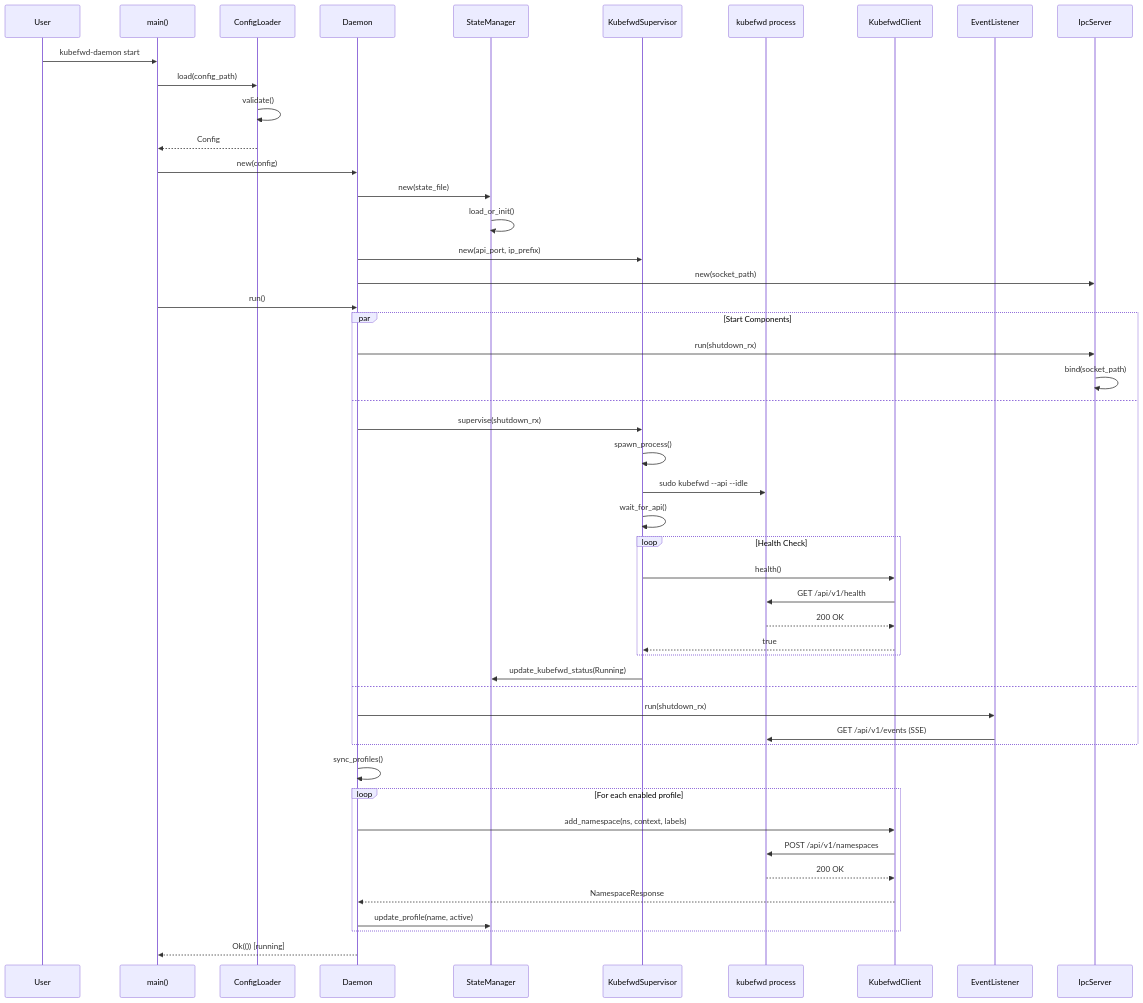
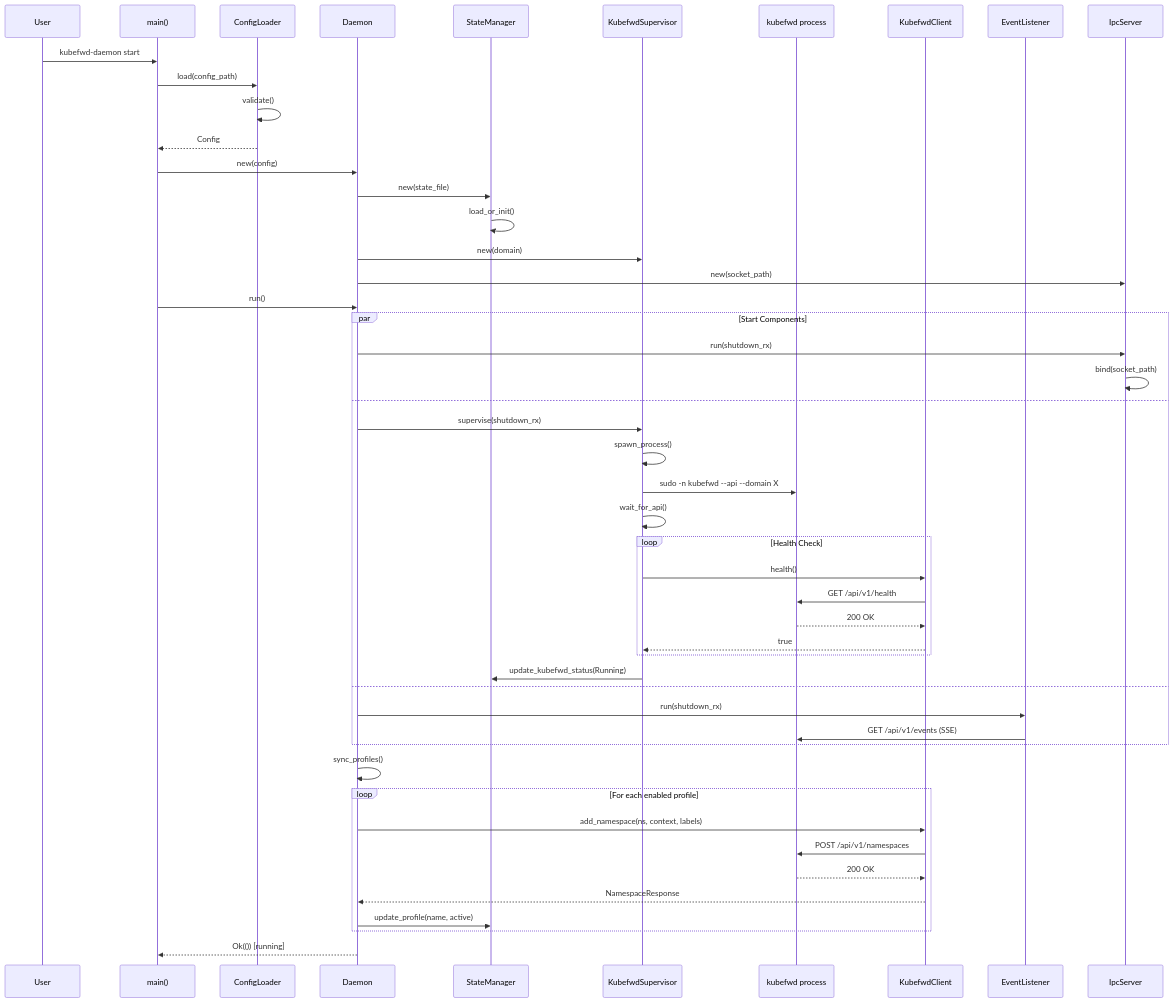
Before and after one commit to parthspatel/nix-kubefwd: the seventh of 20 diagrams in docs/CODE_ARCHITECTURE.md, drawn with Mermaid. The commit also changed other lines of this file and 2 other files, not shown here.

First line of the commit message:
Fix incorrect kubefwd API assumptions in documentation

````diff
--- a/docs/CODE_ARCHITECTURE.md
+++ b/docs/CODE_ARCHITECTURE.md
@@ -417,61 +415,61 @@
 ```mermaid
 sequenceDiagram
     participant User
     participant Main as main()
     participant Config as ConfigLoader
     participant Daemon
     participant State as StateManager
     participant Supervisor as KubefwdSupervisor
     participant Kubefwd as kubefwd process
     participant Client as KubefwdClient
     participant Events as EventListener
     participant IPC as IpcServer
 
     User->>Main: kubefwd-daemon start
     Main->>Config: load(config_path)
     Config->>Config: validate()
     Config-->>Main: Config
 
     Main->>Daemon: new(config)
     Daemon->>State: new(state_file)
     State->>State: load_or_init()
 
-    Daemon->>Supervisor: new(api_port, ip_prefix)
+    Daemon->>Supervisor: new(domain)
     Daemon->>IPC: new(socket_path)
 
     Main->>Daemon: run()
 
     par Start Components
         Daemon->>IPC: run(shutdown_rx)
         IPC->>IPC: bind(socket_path)
     and
         Daemon->>Supervisor: supervise(shutdown_rx)
         Supervisor->>Supervisor: spawn_process()
-        Supervisor->>Kubefwd: sudo kubefwd --api --idle
+        Supervisor->>Kubefwd: sudo -n kubefwd --api --domain X
         Supervisor->>Supervisor: wait_for_api()
 
         loop Health Check
             Supervisor->>Client: health()
             Client->>Kubefwd: GET /api/v1/health
             Kubefwd-->>Client: 200 OK
             Client-->>Supervisor: true
         end
 
         Supervisor->>State: update_kubefwd_status(Running)
     and
         Daemon->>Events: run(shutdown_rx)
         Events->>Kubefwd: GET /api/v1/events (SSE)
     end
 
     Daemon->>Daemon: sync_profiles()
 
     loop For each enabled profile
         Daemon->>Client: add_namespace(ns, context, labels)
         Client->>Kubefwd: POST /api/v1/namespaces
         Kubefwd-->>Client: 200 OK
         Client-->>Daemon: NamespaceResponse
         Daemon->>State: update_profile(name, active)
     end
 
     Daemon-->>Main: Ok(()) [running]
 ```
````
